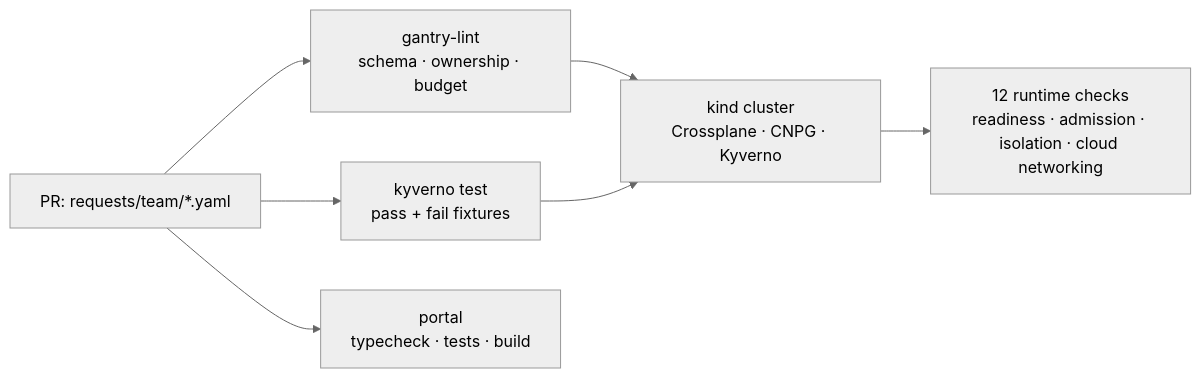
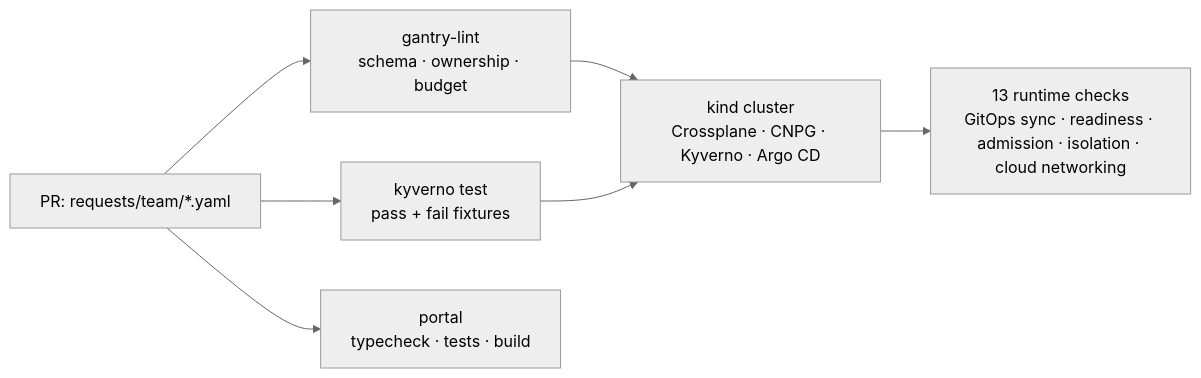
Before and after one commit to georgitinchev/gantry: the diagram in README.md, drawn with Mermaid (neutral theme). The commit also changed other lines of this file and 26 other files, not shown here.

Commit message:
feat: GitOps with Argo CD, app of apps and per-team ApplicationSet

````diff
--- a/README.md
+++ b/README.md
@@ -23,8 +23,8 @@
 ```mermaid
 flowchart LR
   pr["PR: requests/team/*.yaml"] --> lint["gantry-lint<br/>schema · ownership · budget"]
   pr --> pol["kyverno test<br/>pass + fail fixtures"]
   pr --> ui["portal<br/>typecheck · tests · build"]
-  lint & pol --> e2e["kind cluster<br/>Crossplane · CNPG · Kyverno"]
-  e2e --> checks["12 runtime checks<br/>readiness · admission · isolation · cloud networking"]
+  lint & pol --> e2e["kind cluster<br/>Crossplane · CNPG · Kyverno · Argo CD"]
+  e2e --> checks["13 runtime checks<br/>GitOps sync · readiness · admission · isolation · cloud networking"]
 ```
````
